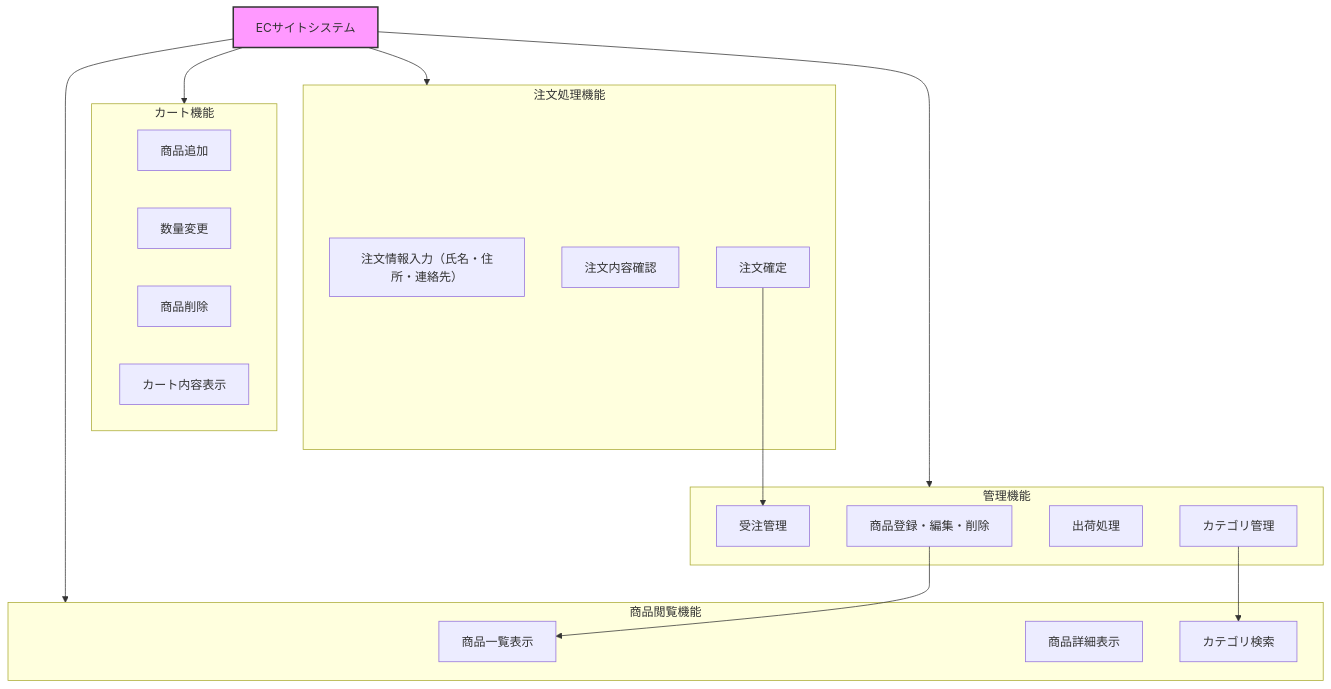
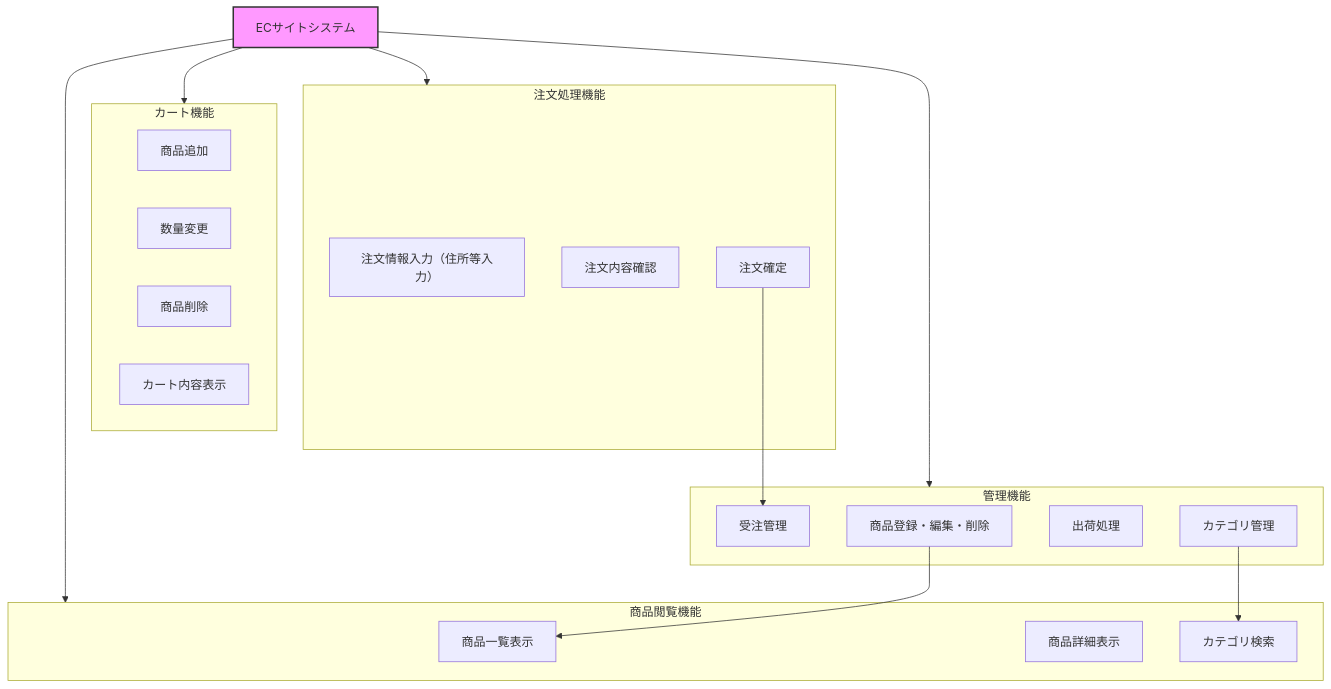
The second of 6 diagrams in 基本設計書/基本設計書.md (Rikumt12/Popcorn), drawn with Mermaid before and after one commit. The commit also changed other lines of this file, not shown here.

````diff
--- a/基本設計書/基本設計書.md
+++ b/基本設計書/基本設計書.md
@@ -82,39 +82,39 @@
 ```mermaid
 graph TD
     A[ECサイトシステム] --> B(商品閲覧機能)
     A --> C(カート機能)
     A --> D(注文処理機能)
     A --> E(管理機能)
 
     subgraph B[商品閲覧機能]
         B1[商品一覧表示]
         B2[商品詳細表示]
         B3[カテゴリ検索]
     end
 
     subgraph C[カート機能]
         C1[商品追加]
         C2[数量変更]
         C3[商品削除]
         C4[カート内容表示]
     end
 
     subgraph D[注文処理機能]
-        D1[注文情報入力（氏名・住所・連絡先）]
+        D1[注文情報入力（住所等入力）]
         D2[注文内容確認]
         D3[注文確定]
     end
 
     subgraph E[管理機能]
         E1[商品登録・編集・削除]
         E2[受注管理]
         E3[出荷処理]
         E4[カテゴリ管理]
     end
 
     E1 --> B1
     D3 --> E2
     E4 --> B3
 
     style A fill:#f9f,stroke:#333,stroke-width:2px
 ```
````
